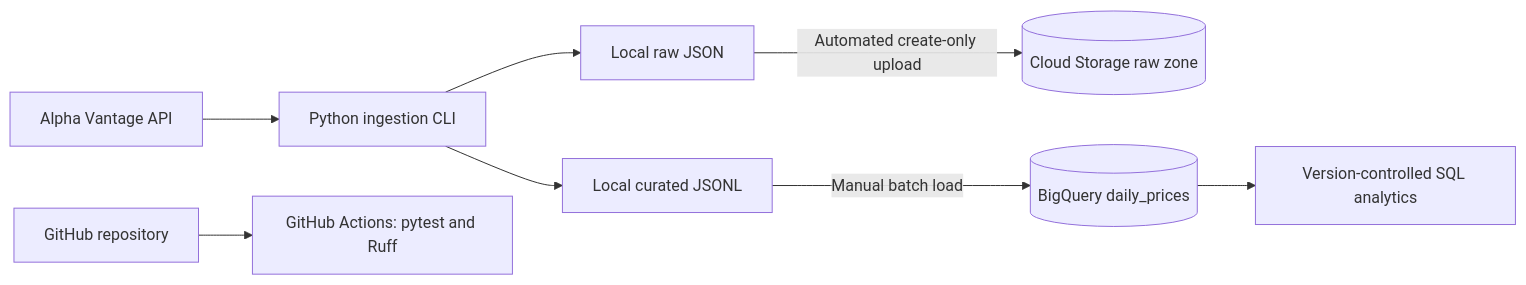
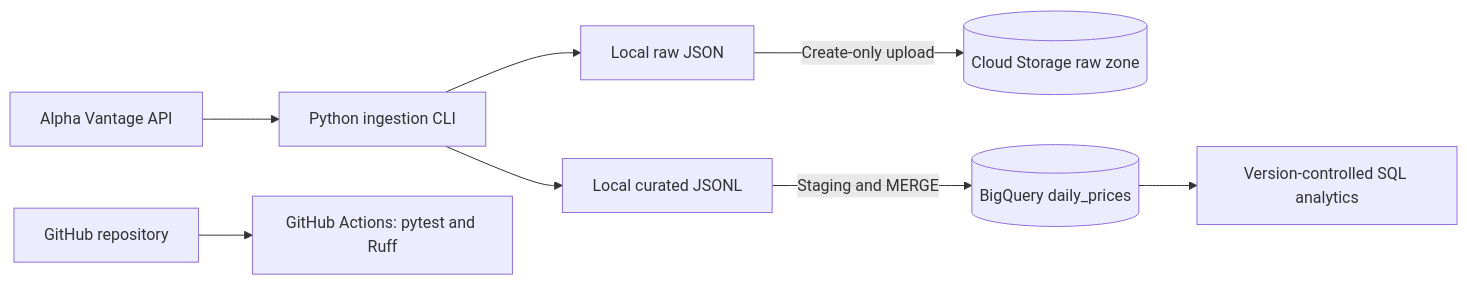
Before and after one commit to Leila163/gcp-market-data-platform: the diagram in README.md, drawn with Mermaid. The commit also changed other lines of this file, not shown here.

Commit message:
docs: document automated BigQuery loads

````diff
--- a/README.md
+++ b/README.md
@@ -14,10 +14,10 @@
 ```mermaid
 flowchart LR
     API[Alpha Vantage API] --> CLI[Python ingestion CLI]
     CLI --> RAW[Local raw JSON]
     CLI --> CURATED[Local curated JSONL]
-    RAW -->|Automated create-only upload| GCS[(Cloud Storage raw zone)]
-    CURATED -->|Manual batch load| BQ[(BigQuery daily_prices)]
+    RAW -->|Create-only upload| GCS[(Cloud Storage raw zone)]
+    CURATED -->|Staging and MERGE| BQ[(BigQuery daily_prices)]
     BQ --> SQL[Version-controlled SQL analytics]
     REPO[GitHub repository] --> CI[GitHub Actions: pytest and Ruff]
 ```
````
